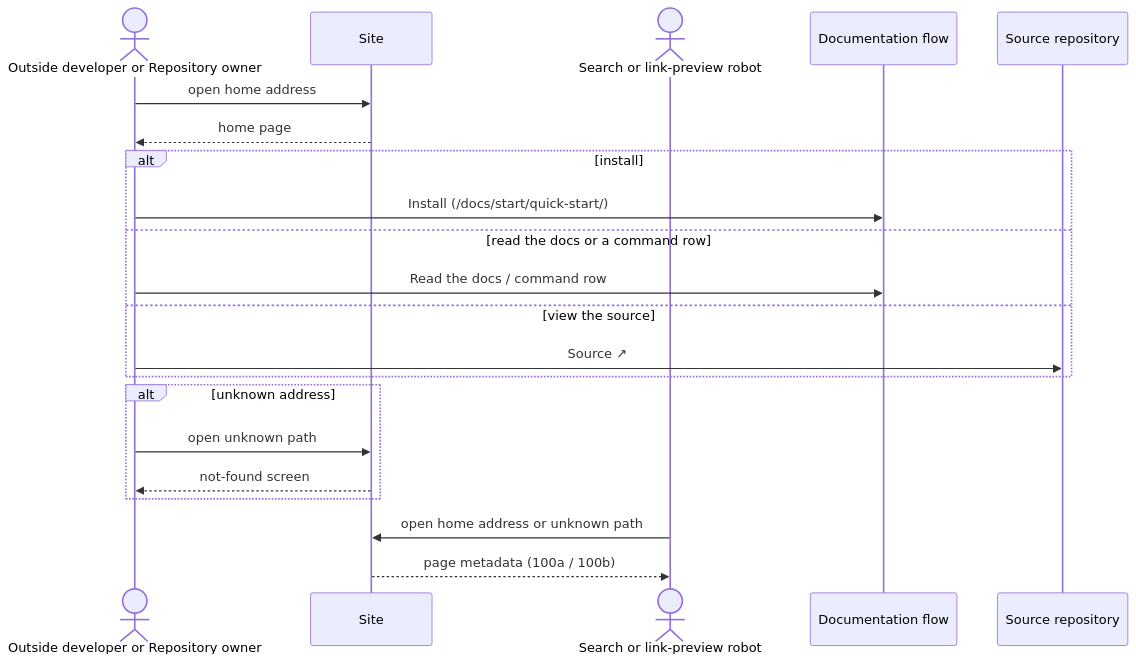
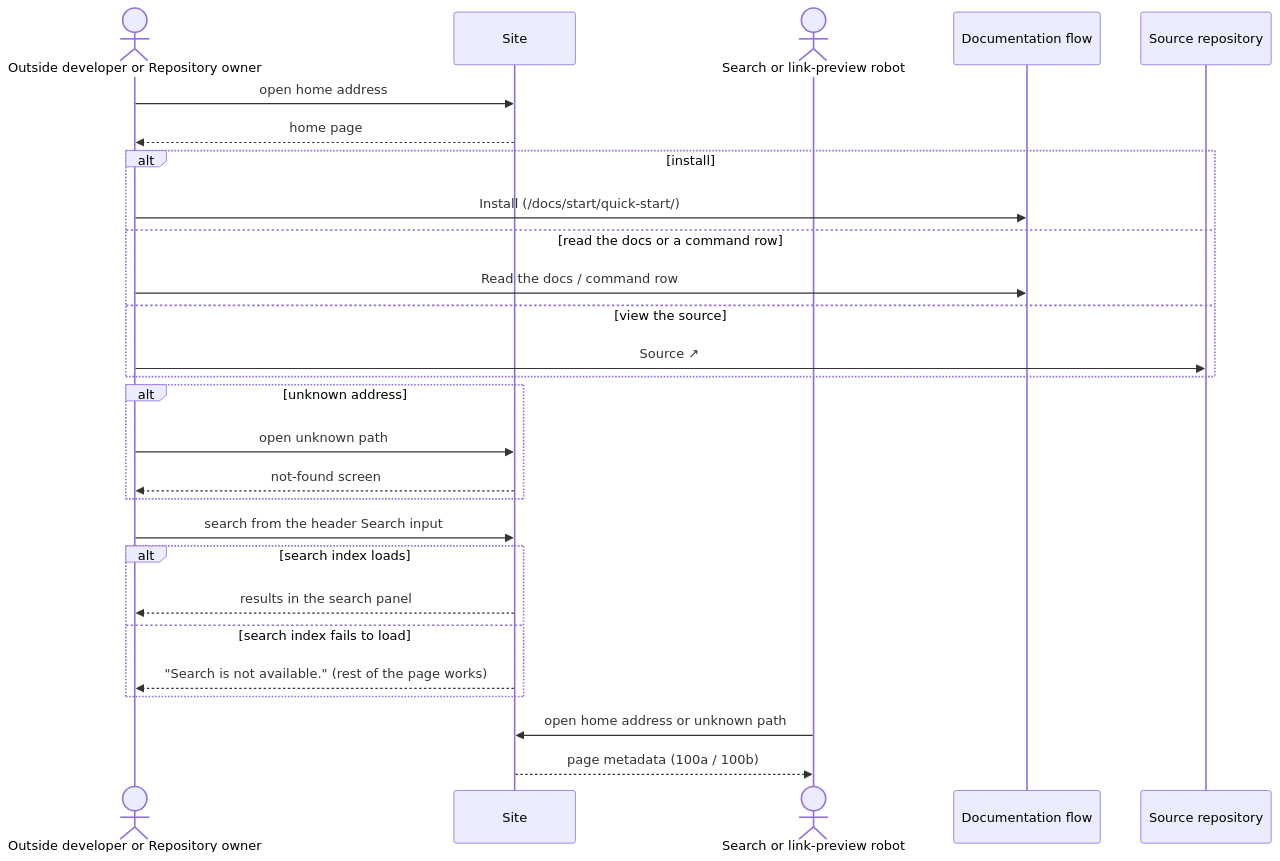
Before and after one commit to virajp/bootstrap: the diagram in docs/blueprint/flows/site/100-home/index.md, drawn with Mermaid. The commit also changed other lines of this file and 19 other files, not shown here.

````diff
--- a/docs/blueprint/flows/site/100-home/index.md
+++ b/docs/blueprint/flows/site/100-home/index.md
@@ -54,23 +64,29 @@
 ```mermaid
 sequenceDiagram
     actor V as Outside developer or Repository owner
     participant S as Site
     actor B as Search or link-preview robot
     participant D as Documentation flow
     participant R as Source repository
     V->>S: open home address
     S-->>V: home page
     alt install
         V->>D: Install (/docs/start/quick-start/)
     else read the docs or a command row
         V->>D: Read the docs / command row
     else view the source
         V->>R: Source ↗
     end
     alt unknown address
         V->>S: open unknown path
         S-->>V: not-found screen
     end
+    V->>S: search from the header Search input
+    alt search index loads
+        S-->>V: results in the search panel
+    else search index fails to load
+        S-->>V: "Search is not available." (rest of the page works)
+    end
     B->>S: open home address or unknown path
     S-->>B: page metadata (100a / 100b)
 ```
````
